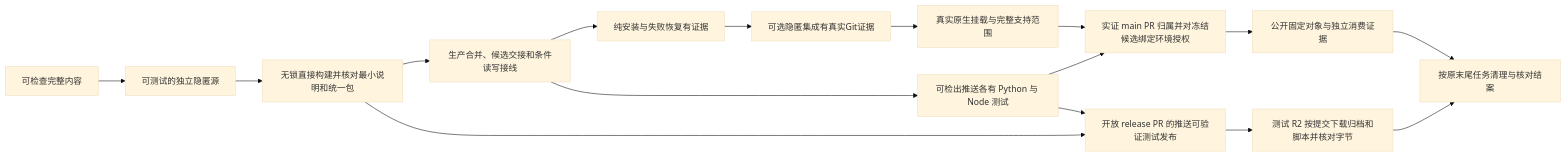
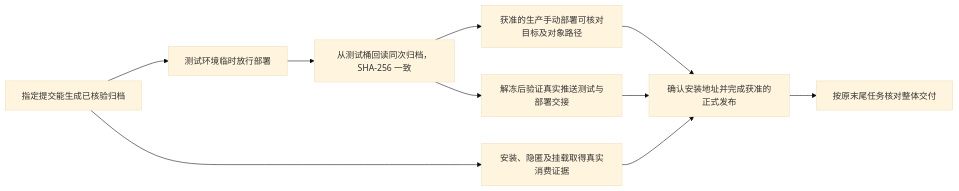
The second of 3 diagrams in specs/skills/001-skills-distribution/analysis/spec-analysis/flows.md (Ena-Heleneto/agent-foundry), drawn with Mermaid (base theme) before and after one commit. The commit also changed other lines of this file and 67 other files, not shown here.

````diff
--- a/specs/skills/001-skills-distribution/analysis/spec-analysis/flows.md
+++ b/specs/skills/001-skills-distribution/analysis/spec-analysis/flows.md
@@ -25,18 +25,12 @@
 ```mermaid
 flowchart LR
-    A[可检查完整内容] --> B[可测试的独立隐匿源]
-    B --> C[无锁直接构建并核对最小说明和统一包]
-    C --> F[生产合并、候选交接和条件读写接线]
-    F --> P[可检出推送各有 Python 与 Node 测试]
-    P --> T[开放 release PR 的推送可验证测试发布]
-    C --> T
-    T --> X[测试 R2 按提交下载归档和脚本并核对字节]
-    F --> D[纯安装与失败恢复有证据]
-    D --> E[可选隐匿集成有真实Git证据]
-    E --> G[真实原生挂载与完整支持范围]
-    G --> H[实证 main PR 归属并对冻结候选绑定环境授权]
-    P --> H
-    H --> I[公开固定对象与独立消费证据]
-    I --> J[按原末尾任务清理与核对结案]
-    X --> J
+    A["指定提交能生成已核验归档"] --> B["测试环境临时放行部署"]
+    B --> C["从测试桶回读同次归档，SHA-256 一致"]
+    C --> D["获准的生产手动部署可核对目标及对象路径"]
+    C --> E["解冻后验证真实推送测试与部署交接"]
+    A --> F["安装、隐匿及挂载取得真实消费证据"]
+    D --> G["确认安装地址并完成获准的正式发布"]
+    E --> G
+    F --> G
+    G --> H["按原末尾任务核对整体交付"]
 ```
````
